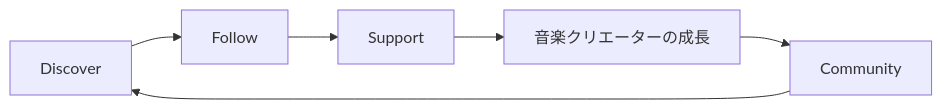
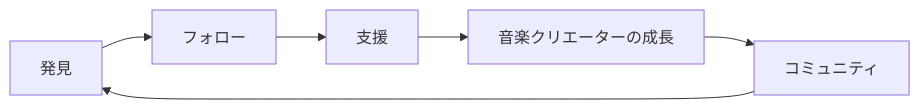
Before and after one commit to ShigeichiroYamasaki/creator-first-platform: diagram 16 of 29 in docs/whitepaper/05-creator-onboarding.md, drawn with Mermaid. The commit also changed other lines of this file and 72 other files, not shown here.

````diff
--- a/docs/whitepaper/05-creator-onboarding.md
+++ b/docs/whitepaper/05-creator-onboarding.md
@@ -525,14 +525,14 @@
 ```mermaid
 flowchart LR
-    DISCOVER[Discover]
-    FOLLOW[Follow]
-    SUPPORT[Support]
+    DISCOVER[発見]
+    FOLLOW[フォロー]
+    SUPPORT[支援]
     GROW[音楽クリエーターの成長]
-    COMMUNITY[Community]
+    COMMUNITY[コミュニティ]
 
     DISCOVER --> FOLLOW
     FOLLOW --> SUPPORT
     SUPPORT --> GROW
     GROW --> COMMUNITY
     COMMUNITY --> DISCOVER
 ```
````
